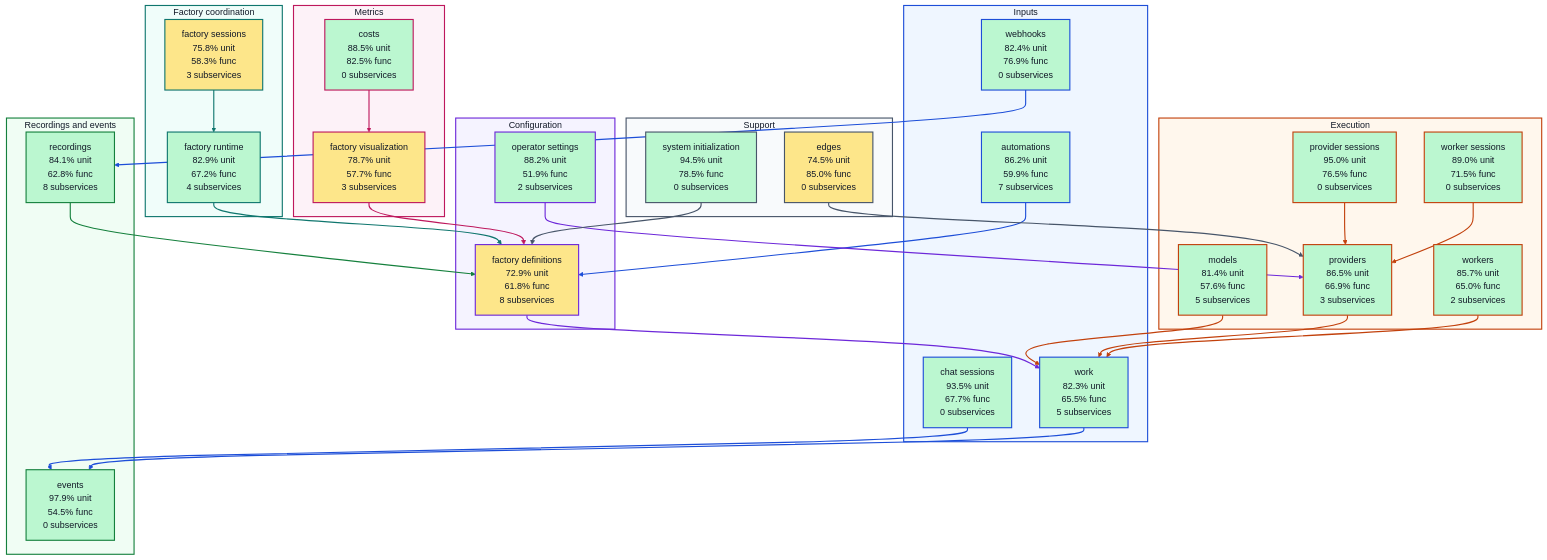
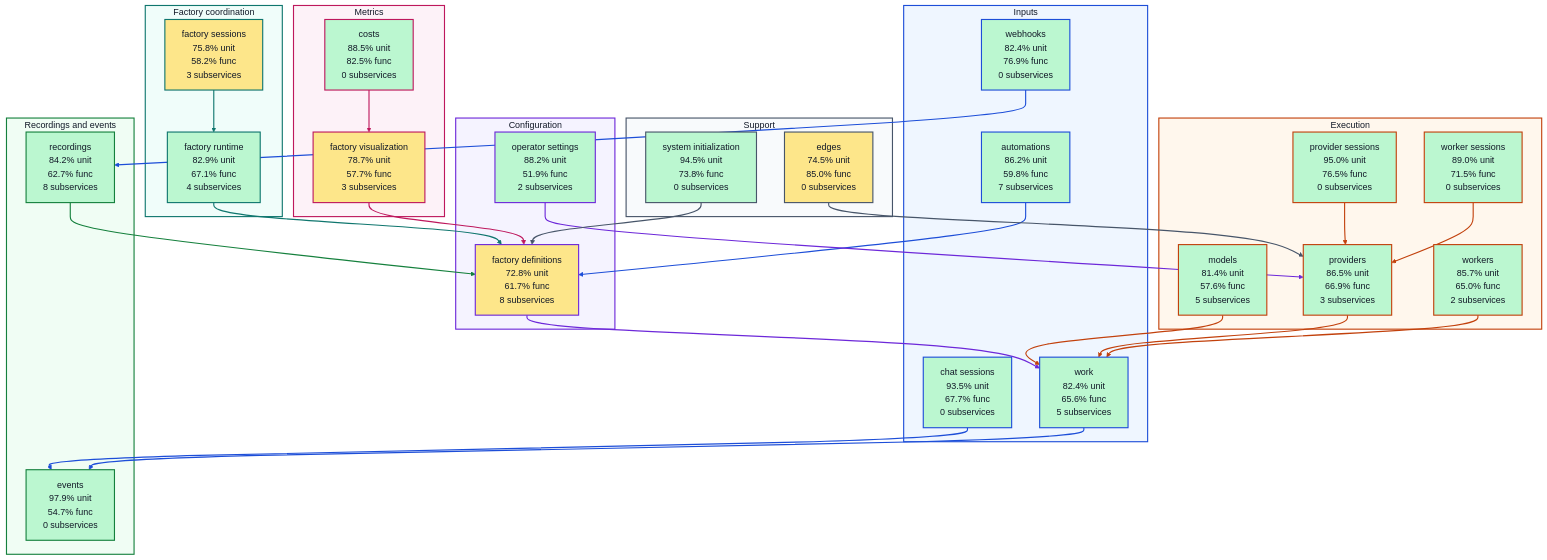
Before and after one commit to portpowered/you-agent-factory: the diagram in docs/architecture/visualizations/high-level-test-coverage.md, drawn with Mermaid. The commit also changed other lines of this file and 20 other files, not shown here.

Commit message:
docs: refresh backend architecture visualizations

````diff
--- a/docs/architecture/visualizations/high-level-test-coverage.md
+++ b/docs/architecture/visualizations/high-level-test-coverage.md
@@ -11,18 +11,18 @@
 ```mermaid
 flowchart TB
   subgraph input["Inputs"]
-    s_services_automations["automations<br/>86.2% unit<br/>59.9% func<br/>7 subservices"]
+    s_services_automations["automations<br/>86.2% unit<br/>59.8% func<br/>7 subservices"]
     s_services_chat_sessions["chat sessions<br/>93.5% unit<br/>67.7% func<br/>0 subservices"]
     s_services_webhooks["webhooks<br/>82.4% unit<br/>76.9% func<br/>0 subservices"]
-    s_services_work["work<br/>82.3% unit<br/>65.5% func<br/>5 subservices"]
+    s_services_work["work<br/>82.4% unit<br/>65.6% func<br/>5 subservices"]
   end
   subgraph configuration["Configuration"]
-    s_services_factory_definitions["factory definitions<br/>72.9% unit<br/>61.8% func<br/>8 subservices"]
+    s_services_factory_definitions["factory definitions<br/>72.8% unit<br/>61.7% func<br/>8 subservices"]
     s_services_operator_settings["operator settings<br/>88.2% unit<br/>51.9% func<br/>2 subservices"]
   end
   subgraph coordination["Factory coordination"]
-    s_services_factory_runtime["factory runtime<br/>82.9% unit<br/>67.2% func<br/>4 subservices"]
-    s_services_factory_sessions["factory sessions<br/>75.8% unit<br/>58.3% func<br/>3 subservices"]
+    s_services_factory_runtime["factory runtime<br/>82.9% unit<br/>67.1% func<br/>4 subservices"]
+    s_services_factory_sessions["factory sessions<br/>75.8% unit<br/>58.2% func<br/>3 subservices"]
   end
   subgraph execution["Execution"]
     s_services_models["models<br/>81.4% unit<br/>57.6% func<br/>5 subservices"]
@@ -32,8 +32,8 @@
     s_services_workers["workers<br/>85.7% unit<br/>65.0% func<br/>2 subservices"]
   end
   subgraph recordings["Recordings and events"]
-    s_services_events["events<br/>97.9% unit<br/>54.5% func<br/>0 subservices"]
-    s_services_recordings["recordings<br/>84.1% unit<br/>62.8% func<br/>8 subservices"]
+    s_services_events["events<br/>97.9% unit<br/>54.7% func<br/>0 subservices"]
+    s_services_recordings["recordings<br/>84.2% unit<br/>62.7% func<br/>8 subservices"]
   end
   subgraph metrics["Metrics"]
     s_services_costs["costs<br/>88.5% unit<br/>82.5% func<br/>0 subservices"]
@@ -41,7 +41,7 @@
   end
   subgraph support["Support"]
     s_services_edges["edges<br/>74.5% unit<br/>85.0% func<br/>0 subservices"]
-    s_services_system_initialization["system initialization<br/>94.5% unit<br/>78.5% func<br/>0 subservices"]
+    s_services_system_initialization["system initialization<br/>94.5% unit<br/>73.8% func<br/>0 subservices"]
   end
   s_services_automations --> s_services_factory_definitions
   s_services_chat_sessions --> s_services_events
````
